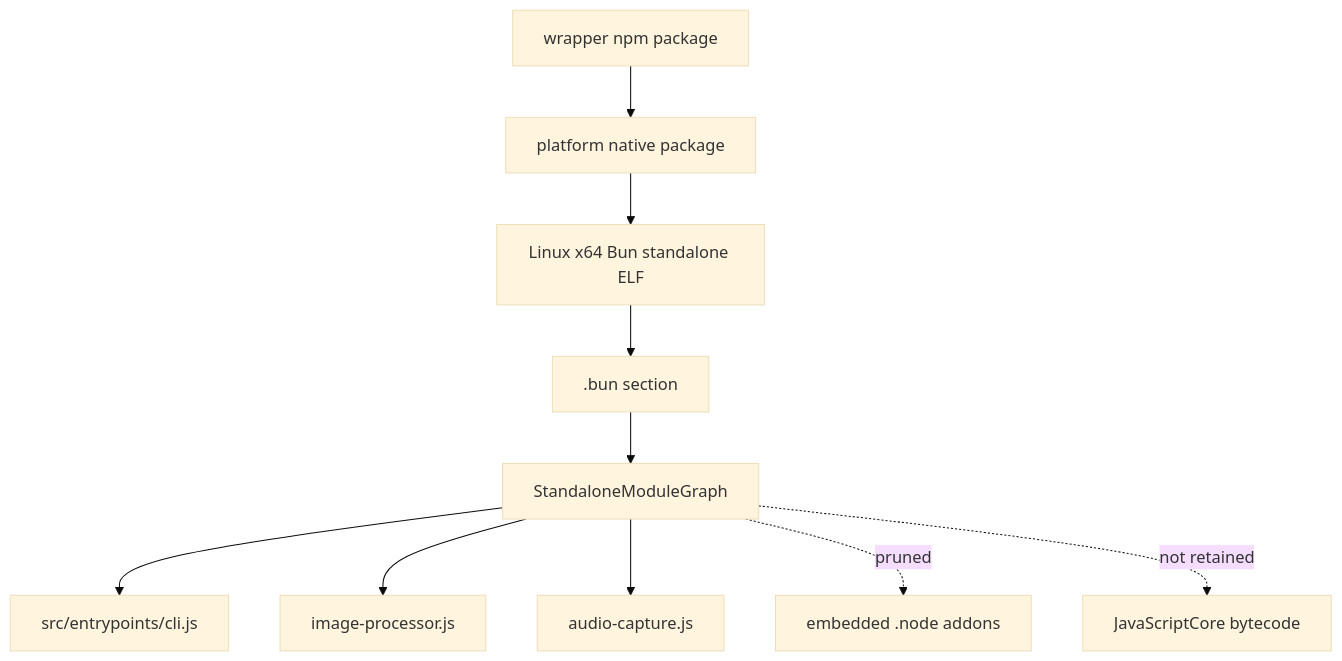
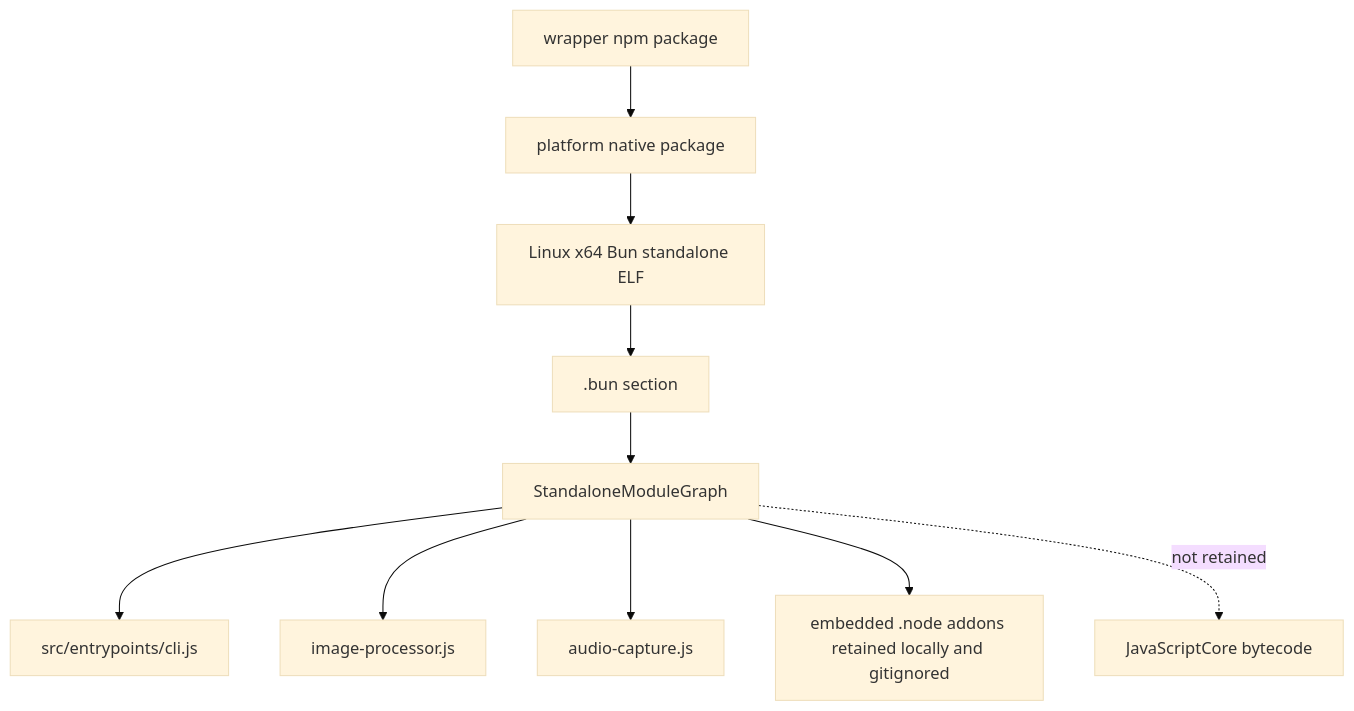
Before and after one commit to vibewatch/claude-code-internals: the diagram in docs/00-start-here/what-is-cli-js.md, drawn with Mermaid (base theme). The commit also changed other lines of this file and 59 other files, not shown here.

````diff
--- a/docs/00-start-here/what-is-cli-js.md
+++ b/docs/00-start-here/what-is-cli-js.md
@@ -22,12 +23,12 @@
 ```mermaid
 flowchart TD
     Npm[wrapper npm package] --> Native[platform native package]
     Native --> Elf[Linux x64 Bun standalone ELF]
     Elf --> BunSection[.bun section]
     BunSection --> Graph[StandaloneModuleGraph]
     Graph --> Cli[src/entrypoints/cli.js]
     Graph --> Image[image-processor.js]
     Graph --> Audio[audio-capture.js]
-    Graph -. pruned .-> NativeAddons[embedded .node addons]
+    Graph --> NativeAddons[embedded .node addons retained locally and gitignored]
     Graph -. not retained .-> Jsc[JavaScriptCore bytecode]
 ```
````
